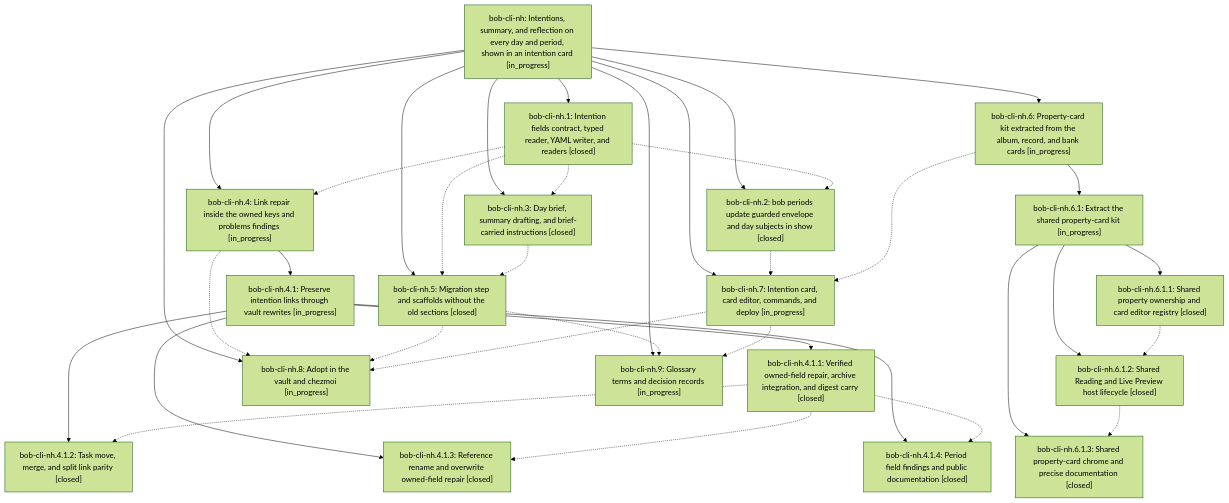
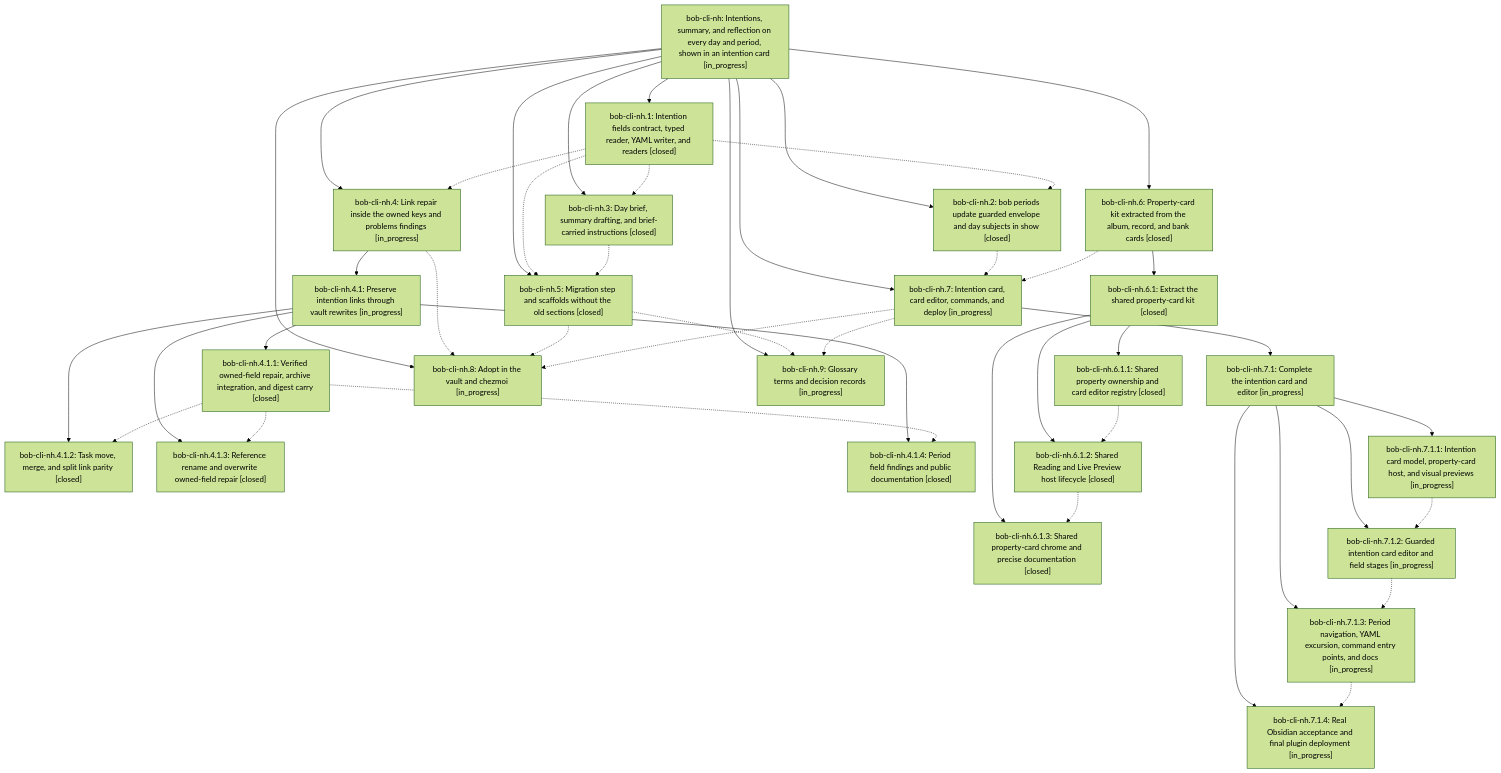
Before and after one commit to bobs-org/bob-cli--beads: the diagram in pages/bob-cli-nh/README.md, drawn with Mermaid (forest theme). The commit also changed other lines of this file and 13 other files, not shown here.

First line of the commit message:
chore(beads): sync bead state and pages for bob-cli-nh

````diff
--- a/pages/bob-cli-nh/README.md
+++ b/pages/bob-cli-nh/README.md
@@ -62,57 +62,70 @@
 ```mermaid
 flowchart TD
     n0["bob-cli-nh: Intentions, summary, and reflection on every day and period, shown in an intention card [in_progress]"]
     n1["bob-cli-nh.1: Intention fields contract, typed reader, YAML writer, and readers [closed]"]
     n2["bob-cli-nh.2: bob periods update guarded envelope and day subjects in show [closed]"]
     n3["bob-cli-nh.3: Day brief, summary drafting, and brief-carried instructions [closed]"]
     n4["bob-cli-nh.4: Link repair inside the owned keys and problems findings [in_progress]"]
     n5["bob-cli-nh.4.1: Preserve intention links through vault rewrites [in_progress]"]
     n6["bob-cli-nh.4.1.1: Verified owned-field repair, archive integration, and digest carry [closed]"]
     n7["bob-cli-nh.4.1.2: Task move, merge, and split link parity [closed]"]
     n8["bob-cli-nh.4.1.3: Reference rename and overwrite owned-field repair [closed]"]
     n9["bob-cli-nh.4.1.4: Period field findings and public documentation [closed]"]
     n10["bob-cli-nh.5: Migration step and scaffolds without the old sections [closed]"]
-    n11["bob-cli-nh.6: Property-card kit extracted from the album, record, and bank cards [in_progress]"]
-    n12["bob-cli-nh.6.1: Extract the shared property-card kit [in_progress]"]
+    n11["bob-cli-nh.6: Property-card kit extracted from the album, record, and bank cards [closed]"]
+    n12["bob-cli-nh.6.1: Extract the shared property-card kit [closed]"]
     n13["bob-cli-nh.6.1.1: Shared property ownership and card editor registry [closed]"]
     n14["bob-cli-nh.6.1.2: Shared Reading and Live Preview host lifecycle [closed]"]
     n15["bob-cli-nh.6.1.3: Shared property-card chrome and precise documentation [closed]"]
     n16["bob-cli-nh.7: Intention card, card editor, commands, and deploy [in_progress]"]
-    n17["bob-cli-nh.8: Adopt in the vault and chezmoi [in_progress]"]
-    n18["bob-cli-nh.9: Glossary terms and decision records [in_progress]"]
+    n17["bob-cli-nh.7.1: Complete the intention card and editor [in_progress]"]
+    n18["bob-cli-nh.7.1.1: Intention card model, property-card host, and visual previews [in_progress]"]
+    n19["bob-cli-nh.7.1.2: Guarded intention card editor and field stages [in_progress]"]
+    n20["bob-cli-nh.7.1.3: Period navigation, YAML excursion, command entry points, and docs [in_progress]"]
+    n21["bob-cli-nh.7.1.4: Real Obsidian acceptance and final plugin deployment [in_progress]"]
+    n22["bob-cli-nh.8: Adopt in the vault and chezmoi [in_progress]"]
+    n23["bob-cli-nh.9: Glossary terms and decision records [in_progress]"]
     n0 --> n1
     n0 --> n2
     n0 --> n3
     n0 --> n4
     n4 --> n5
     n5 --> n6
     n5 --> n7
     n5 --> n8
     n5 --> n9
     n0 --> n10
     n0 --> n11
     n11 --> n12
     n12 --> n13
     n12 --> n14
     n12 --> n15
     n0 --> n16
-    n0 --> n17
-    n0 --> n18
+    n16 --> n17
+    n17 --> n18
+    n17 --> n19
+    n17 --> n20
+    n17 --> n21
+    n0 --> n22
+    n0 --> n23
     n1 -.-> n2
     n1 -.-> n3
     n1 -.-> n4
     n1 -.-> n10
     n2 -.-> n16
     n3 -.-> n10
-    n4 -.-> n17
+    n4 -.-> n22
     n6 -.-> n7
     n6 -.-> n8
     n6 -.-> n9
-    n10 -.-> n17
-    n10 -.-> n18
+    n10 -.-> n22
+    n10 -.-> n23
     n11 -.-> n16
     n13 -.-> n14
     n14 -.-> n15
-    n16 -.-> n17
-    n16 -.-> n18
+    n16 -.-> n22
+    n16 -.-> n23
+    n18 -.-> n19
+    n19 -.-> n20
+    n20 -.-> n21
 ```
````
